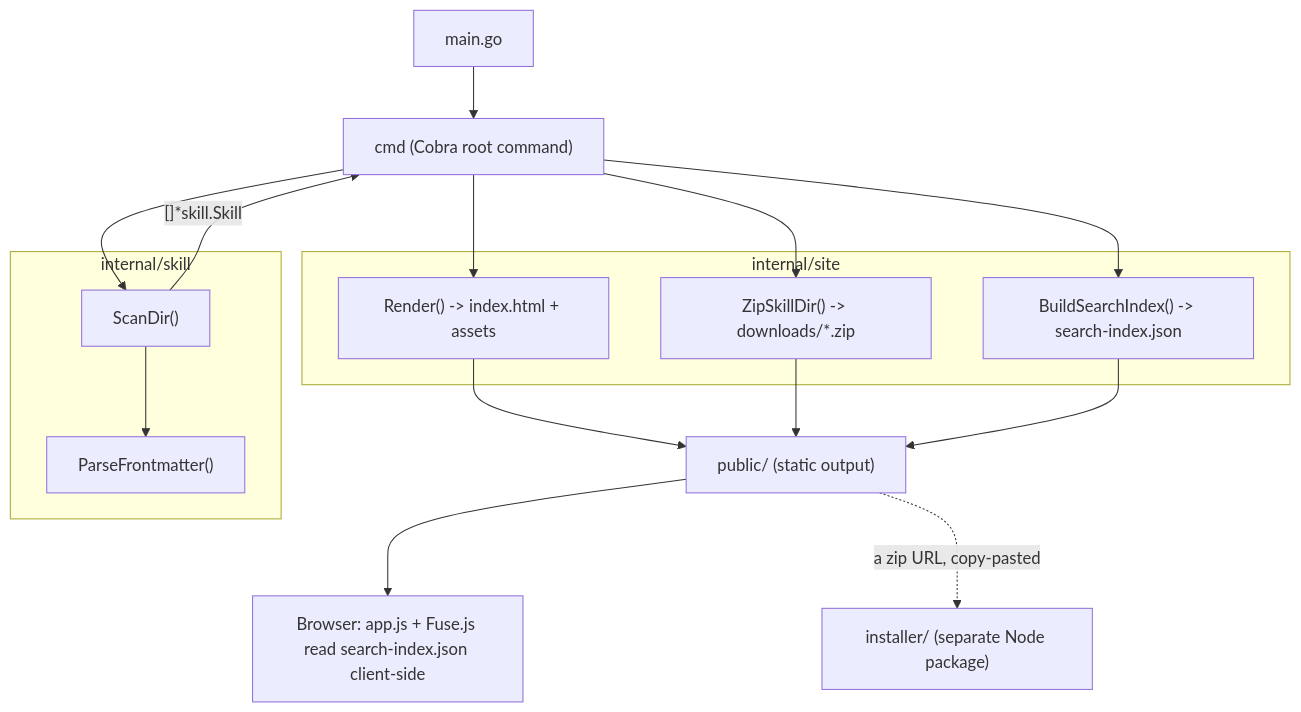
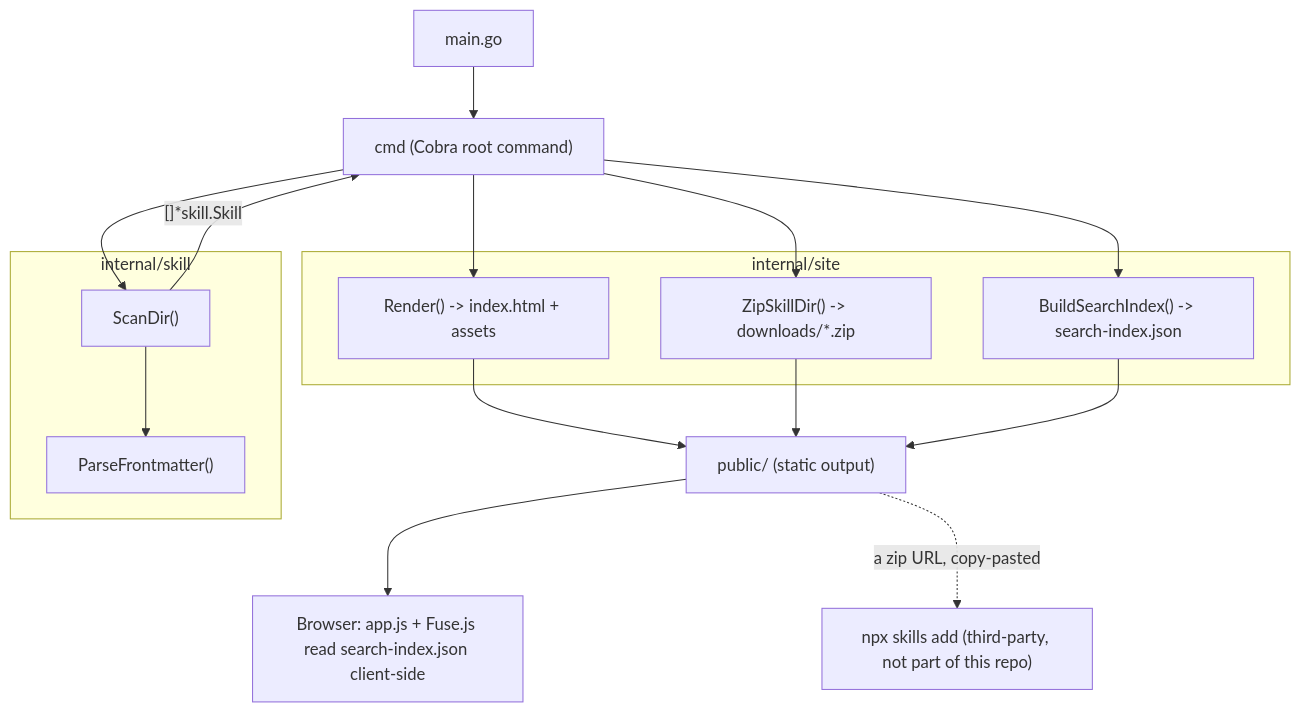
Before and after one commit to ndkprd/skill-indexer: the first of 2 diagrams in docs/developer-guides/architecture.md, drawn with Mermaid. The commit also changed other lines of this file and 18 other files, not shown here.

````diff
--- a/docs/developer-guides/architecture.md
+++ b/docs/developer-guides/architecture.md
@@ -11,27 +11,27 @@
 ```mermaid
 graph TD
     Main["main.go"] --> Cmd["cmd (Cobra root command)"]
 
     subgraph internal_skill["internal/skill"]
         Scan["ScanDir()"] --> Parse["ParseFrontmatter()"]
     end
 
     subgraph internal_site["internal/site"]
         Render["Render() -> index.html + assets"]
         Zip["ZipSkillDir() -> downloads/*.zip"]
         Search["BuildSearchIndex() -> search-index.json"]
     end
 
     Cmd --> Scan
     Scan -->|"[]*skill.Skill"| Cmd
     Cmd --> Render
     Cmd --> Zip
     Cmd --> Search
 
     Render --> Public["public/ (static output)"]
     Zip --> Public
     Search --> Public
 
     Public --> Browser["Browser: app.js + Fuse.js read search-index.json client-side"]
-    Public -.->|"a zip URL, copy-pasted"| Installer["installer/ (separate Node package)"]
+    Public -.->|"a zip URL, copy-pasted"| Skills["npx skills add (third-party, not part of this repo)"]
 ```
````
